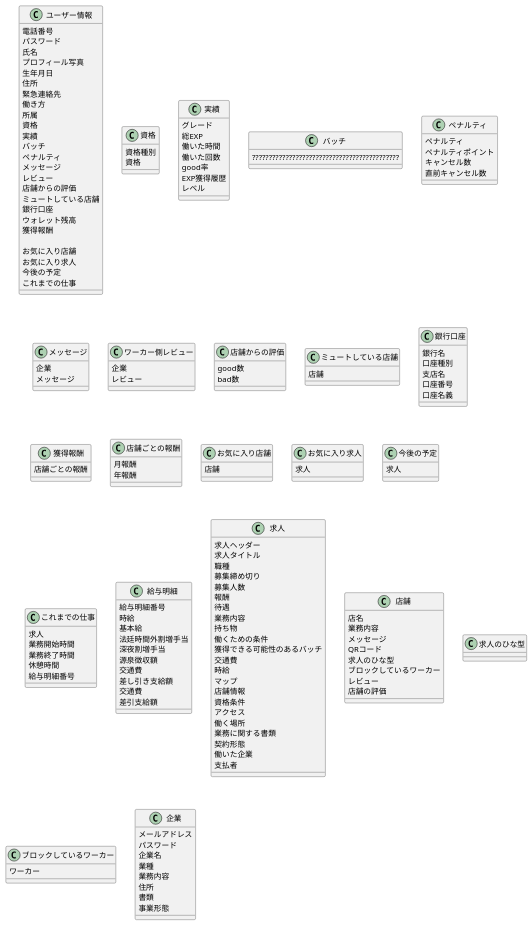
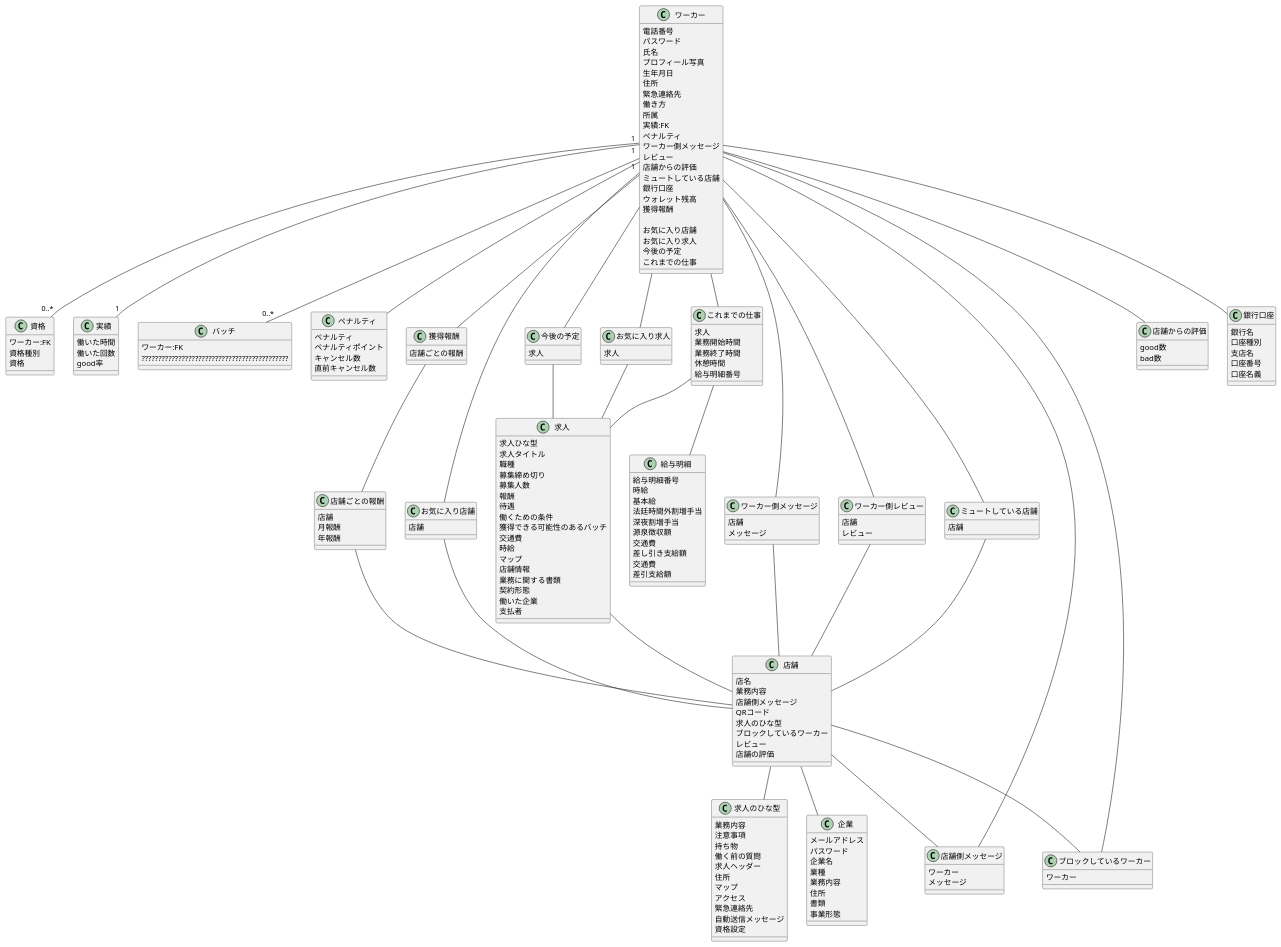
Before and after one commit to irukacb256/high_Me: the diagram in class_fig/class.pu, drawn with PlantUML.

```diff
--- a/class_fig/class.pu
+++ b/class_fig/class.pu
@@ -2,7 +2,7 @@
 
 skinparam classAttributeIconSize 0
 
-class ユーザー情報 {
+class ワーカー {
     電話番号
     パスワード
     氏名
@@ -12,11 +12,11 @@
     緊急連絡先
     働き方
     所属
-    資格
-    実績
-    バッチ
+    ' 資格
+    実績:FK
+    ' バッチ
     ペナルティ
-    メッセージ
+    ワーカー側メッセージ
     レビュー
     店舗からの評価
     ミュートしている店舗
@@ -31,21 +31,19 @@
 }
 
 class 資格 {
+    ワーカー:FK
     資格種別
     資格
 }
 
 class 実績 {
-    グレード
-    総EXP
     働いた時間
     働いた回数
     good率
-    EXP獲得履歴
-    レベル
 }
 
 class バッチ {
+    ワーカー:FK
     ????????????????????????????????????????????
 }
 
@@ -56,13 +54,13 @@
     直前キャンセル数
 }
 
-class メッセージ {
-    企業
+class ワーカー側メッセージ {
+    店舗
     メッセージ
 }
 
 class ワーカー側レビュー {
-    企業
+    店舗
     レビュー
 }
 
@@ -88,6 +86,7 @@
 }
 
 class 店舗ごとの報酬 {
+    店舗
     月報酬
     年報酬
 }
@@ -125,35 +124,10 @@
     差引支給額
 }
 
-class 求人 {
-    求人ヘッダー
-    求人タイトル
-    職種
-    募集締め切り
-    募集人数
-    報酬
-    待遇
-    業務内容
-    持ち物
-    働くための条件
-    獲得できる可能性のあるバッチ
-    交通費
-    時給
-    マップ
-    店舗情報
-    資格条件
-    アクセス
-    働く場所
-    業務に関する書類
-    契約形態
-    働いた企業
-    支払者
-}
-
 class 店舗 {
     店名
     業務内容
-    メッセージ
+    店舗側メッセージ
     QRコード
     求人のひな型
     ブロックしているワーカー
@@ -161,8 +135,43 @@
     店舗の評価
 }
 
+class 店舗側メッセージ {
+    ワーカー
+    メッセージ
+}
+
+class 求人 {
+    求人ひな型
+    求人タイトル
+    職種
+    募集締め切り
+    募集人数
+    報酬
+    待遇
+    働くための条件
+    獲得できる可能性のあるバッチ
+    交通費
+    時給
+    マップ
+    店舗情報
+    業務に関する書類
+    契約形態
+    働いた企業
+    支払者
+}
+
 class 求人のひな型 {
-    
+    業務内容
+    注意事項
+    持ち物
+    働く前の質問
+    求人ヘッダー
+    住所
+    マップ
+    アクセス
+    緊急連絡先
+    自動送信メッセージ
+    資格設定
 }
 
 class ブロックしているワーカー {
@@ -180,4 +189,40 @@
     事業形態
 }
 
+ワーカー "1" -- "0..*" 資格
+ワーカー "1" -- "1" 実績
+ワーカー "1" -- "0..*"バッチ
+ワーカー -- ペナルティ
+ワーカー -- ワーカー側メッセージ
+ワーカー -- ワーカー側レビュー
+ワーカー -- 店舗からの評価
+ワーカー -- ミュートしている店舗
+ワーカー -- 銀行口座
+ワーカー -- 獲得報酬
+ワーカー -- お気に入り求人
+ワーカー -- お気に入り店舗
+ワーカー -- 今後の予定
+ワーカー -- これまでの仕事
+
+お気に入り求人 -- 求人
+お気に入り店舗 -- 店舗
+これまでの仕事 -- 求人
+獲得報酬 -- 店舗ごとの報酬
+これまでの仕事 -- 給与明細
+今後の予定 -- 求人
+
+求人 -- 店舗
+店舗ごとの報酬 -- 店舗
+ミュートしている店舗 -- 店舗
+ワーカー側レビュー -- 店舗
+ワーカー側メッセージ -- 店舗
+店舗 -- ブロックしているワーカー
+店舗 -- 求人のひな型
+店舗 -- 企業
+店舗 -- 店舗側メッセージ
+
+店舗側メッセージ -- ワーカー
+ブロックしているワーカー -- ワーカー
+
+
 @enduml
```
